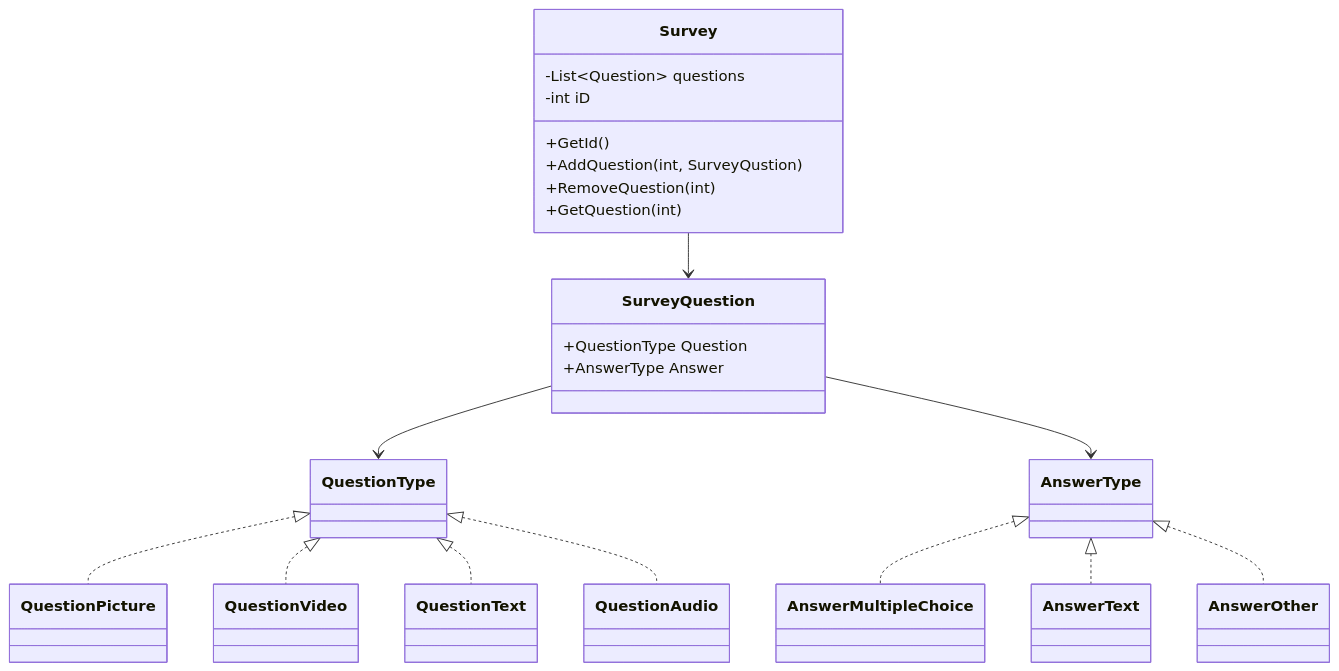
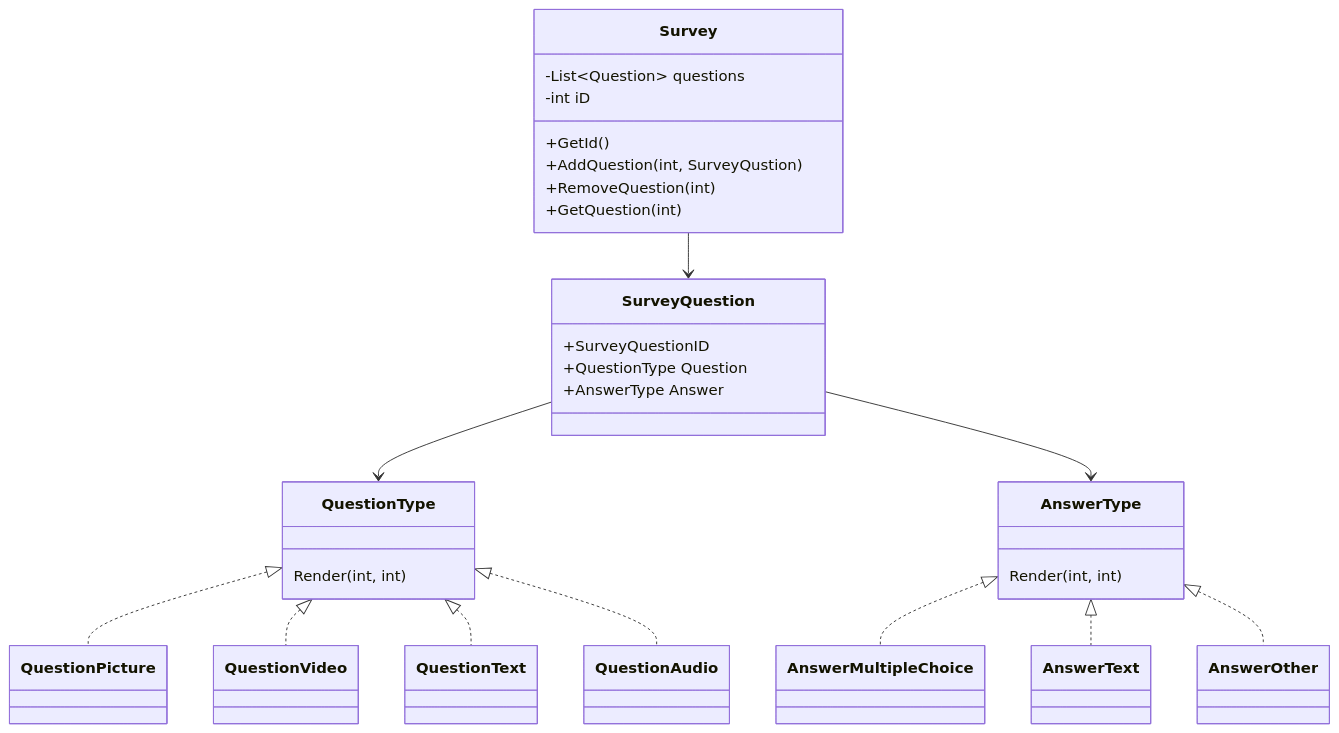
One commit to jonasreholt/SEA changed the diagram in UML/class_diagrams/survey_question_relation.md. Above: the diagram before and after it, drawn with Mermaid. The commit also changed 5 other files, not shown here.

Commit message:
updated Flowchart after the talk with Sippo. Also added link to draw.io

````diff
--- a/UML/class_diagrams/survey_question_relation.md
+++ b/UML/class_diagrams/survey_question_relation.md
@@ -1,27 +1,35 @@
 ```mermaid
 classDiagram
     class Survey{
         -List~Question~ questions
         -int iD
         +GetId()
         +AddQuestion(int, SurveyQustion)
         +RemoveQuestion(int)
         +GetQuestion(int)
     }
         
     class SurveyQuestion{
+        +SurveyQuestionID
         +QuestionType Question
         +AnswerType Answer
+    }
+
+    class QuestionType{
+        Render(int, int) 
+    }
+    class AnswerType{
+        Render(int, int) 
     }
     Survey --> SurveyQuestion
     SurveyQuestion --> QuestionType
     SurveyQuestion --> AnswerType
     QuestionType <|.. QuestionPicture
     QuestionType <|.. QuestionVideo
     QuestionType <|.. QuestionText
     QuestionType <|.. QuestionAudio
     AnswerType <|.. AnswerMultipleChoice
     AnswerType <|.. AnswerText
     AnswerType <|.. AnswerOther
     
 ```
````
